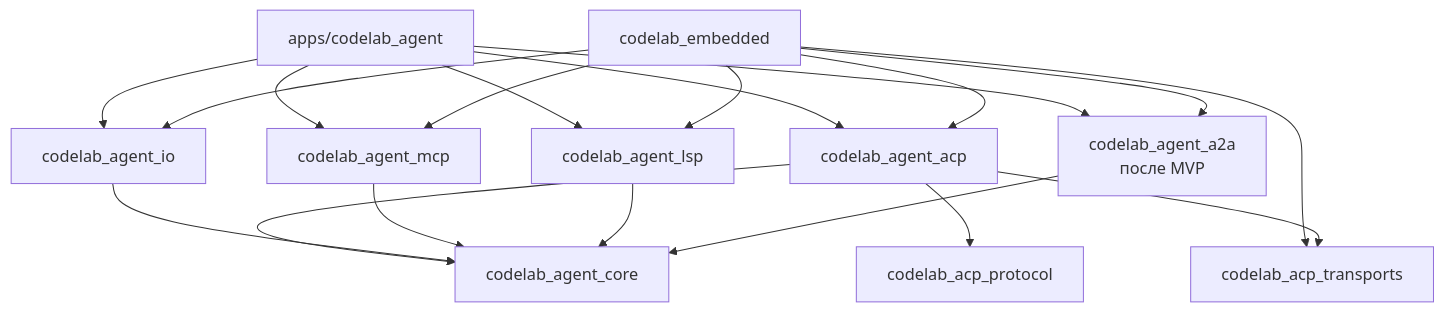
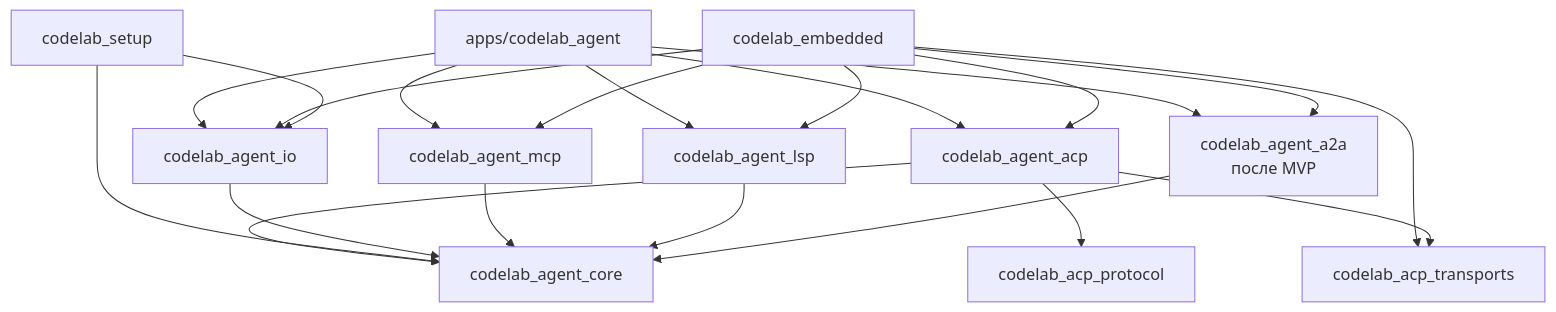
Before and after one commit to pese-git/codelab-app: the diagram in docs/architecture/proposals/agent-core/01-layers-and-packages.md, drawn with Mermaid. The commit also changed other lines of this file and 14 other files, not shown here.

````diff
--- a/docs/architecture/proposals/agent-core/01-layers-and-packages.md
+++ b/docs/architecture/proposals/agent-core/01-layers-and-packages.md
@@ -28,21 +29,23 @@
 ```mermaid
 flowchart TB
     APP["apps/codelab_agent"] --> ACPA["codelab_agent_acp"]
     APP --> IO["codelab_agent_io"]
     APP --> MCP["codelab_agent_mcp"]
     APP --> LSP["codelab_agent_lsp"]
     EMB["codelab_embedded"] --> ACPA
     EMB --> IO
     EMB --> MCP
     EMB --> LSP
     EMB --> TR["codelab_acp_transports"]
     ACPA --> CORE["codelab_agent_core"]
     ACPA --> PROTO["codelab_acp_protocol"]
     ACPA --> TR
+    SETUP["codelab_setup"] --> IO
+    SETUP --> CORE
     IO --> CORE
     MCP --> CORE
     LSP --> CORE
     APP --> A2A["codelab_agent_a2a<br/>после MVP"]
     EMB --> A2A
     A2A --> CORE
 ```
````
